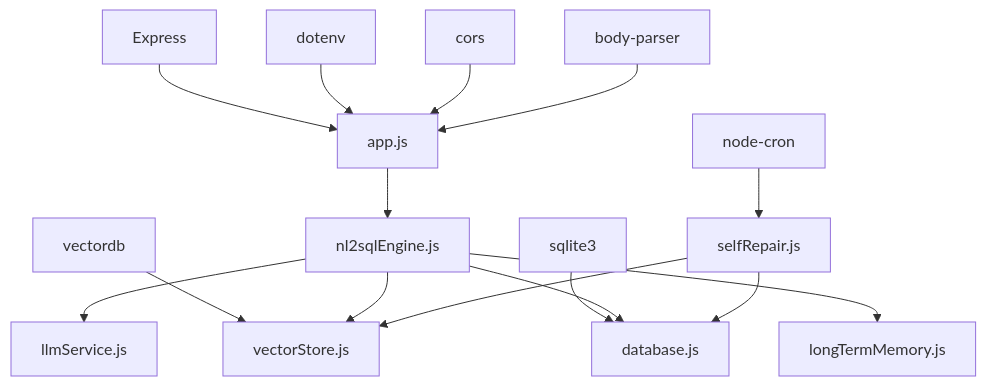
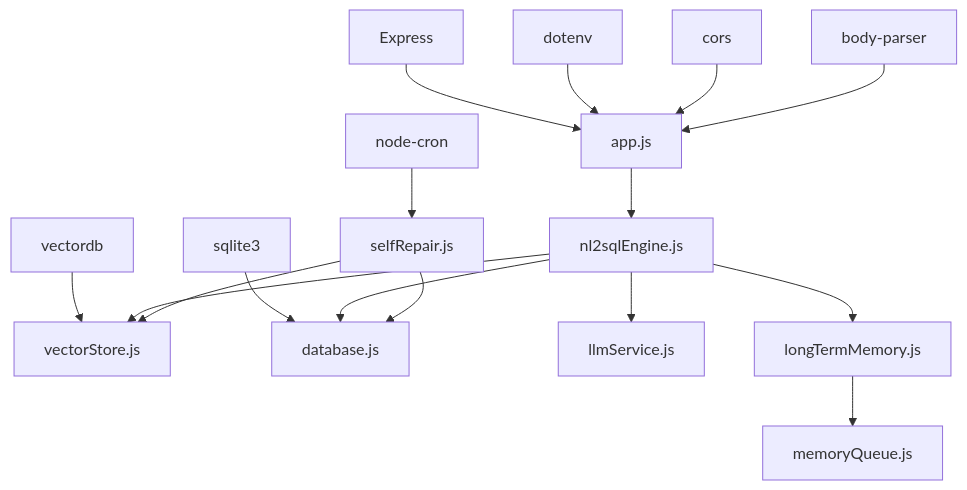
One commit to HanHuiOnLine/724-office changed diagram 12 of 12 in .qoder/repowiki/zh/content/Performance Optimization.md. Above: the diagram before and after it, drawn with Mermaid. The commit also changed other lines of this file and 7 other files, not shown here.

````diff
--- a/.qoder/repowiki/zh/content/Performance Optimization.md
+++ b/.qoder/repowiki/zh/content/Performance Optimization.md
@@ -416,17 +518,18 @@
 ```mermaid
 graph TB
 EX["Express"] --> APP["app.js"]
 DOT["dotenv"] --> APP
 CORS["cors"] --> APP
 BP["body-parser"] --> APP
 VDB["vectordb"] --> VEC["vectorStore.js"]
 SQLITE["sqlite3"] --> DB["database.js"]
 NODE_CRON["node-cron"] --> SELF["selfRepair.js"]
 APP --> ENGINE["nl2sqlEngine.js"]
 ENGINE --> LLM["llmService.js"]
 ENGINE --> VEC
 ENGINE --> DB
 ENGINE --> LTM["longTermMemory.js"]
+LTM --> MQ["memoryQueue.js"]
 SELF --> DB
 SELF --> VEC
 ```
````
